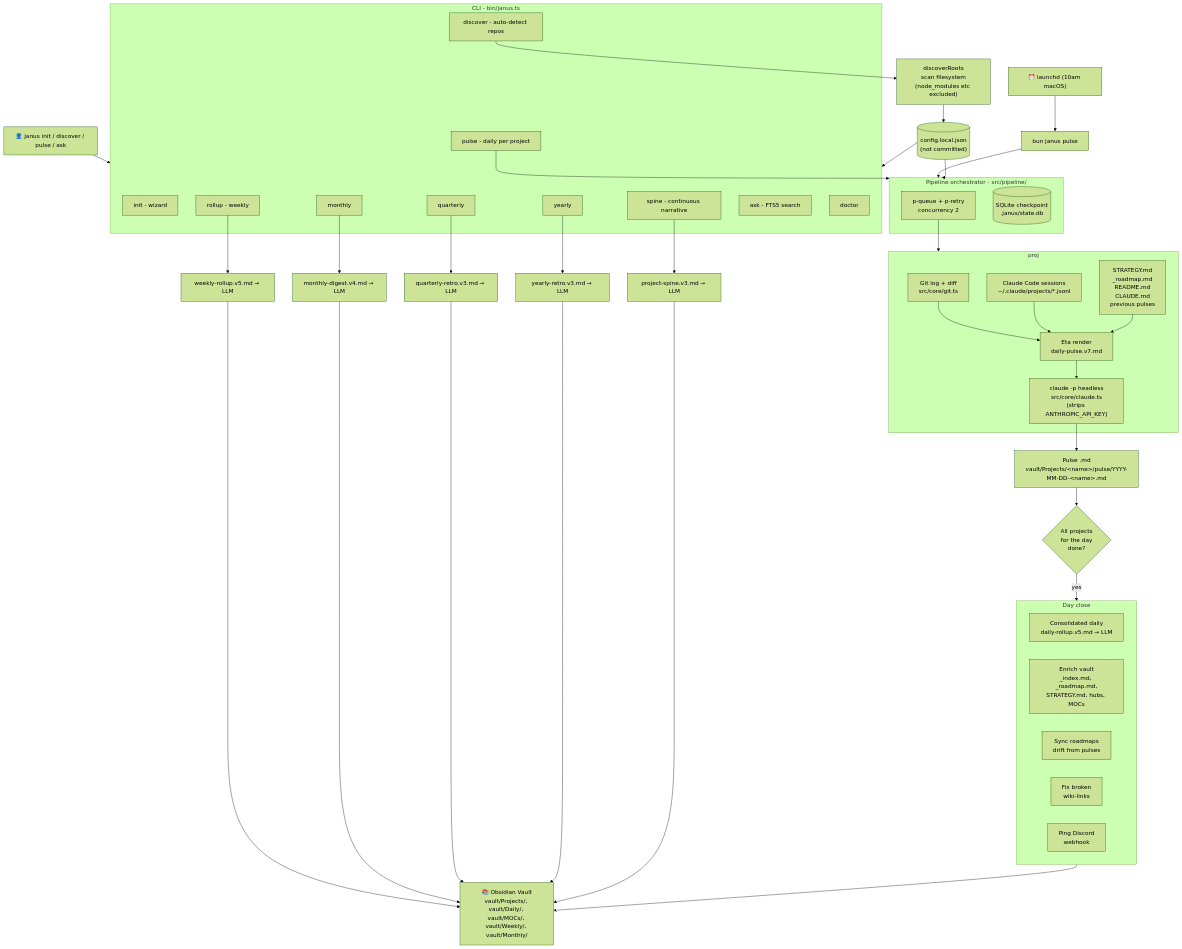
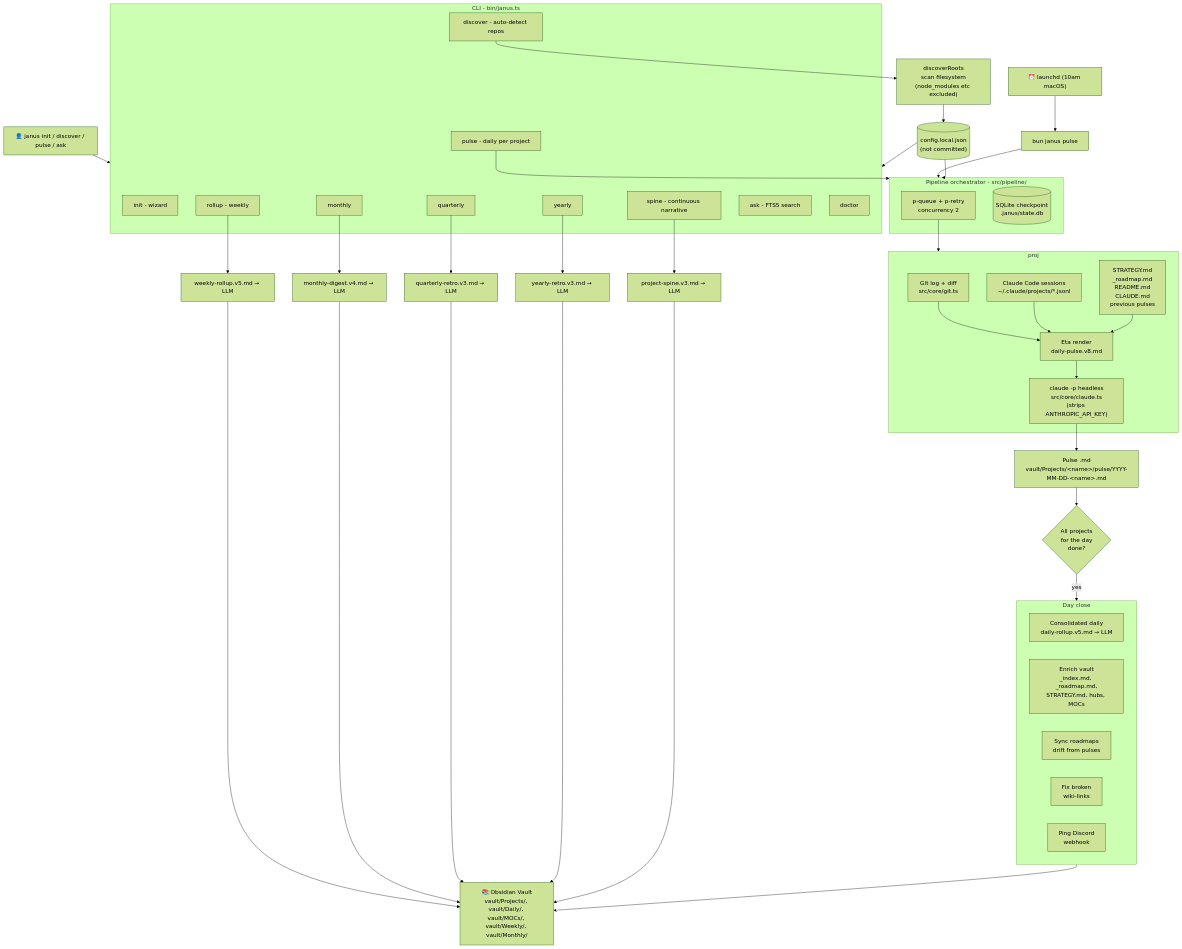
One commit to crewtives/janus changed the first of 2 diagrams in docs/ARCHITECTURE.md. Above: the diagram before and after it, drawn with Mermaid (forest theme). The commit also changed other lines of this file and 28 other files, not shown here.

````diff
--- a/docs/ARCHITECTURE.md
+++ b/docs/ARCHITECTURE.md
@@ -7,71 +7,71 @@
 ```mermaid
 flowchart TD
     cron["⏰ launchd (10am macOS)"] --> pulse["bun janus pulse"]
     user["👤 janus init / discover / pulse / ask"] --> cli
 
     subgraph cli[CLI - bin/janus.ts]
         init[init - wizard]
         discover[discover - auto-detect repos]
         pulse2[pulse - daily per project]
         rollup[rollup - weekly]
         monthly[monthly]
         quarterly[quarterly]
         yearly[yearly]
         spine[spine - continuous narrative]
         ask[ask - FTS5 search]
         doctor[doctor]
     end
 
     pulse --> orch
     pulse2 --> orch
 
     subgraph orch[Pipeline orchestrator - src/pipeline/]
         queue[p-queue + p-retry<br/>concurrency 2]
         checkpoint[(SQLite checkpoint<br/>.janus/state.db)]
     end
 
     queue --> proj["Per project, per date"]
 
     subgraph proj
         git[Git log + diff<br/>src/core/git.ts]
         sessions[Claude Code sessions<br/>~/.claude/projects/*.jsonl]
         ctx[STRATEGY.md<br/>_roadmap.md<br/>README.md<br/>CLAUDE.md<br/>previous pulses]
-        prompt["Eta render<br/>daily-pulse.v7.md"]
+        prompt["Eta render<br/>daily-pulse.v8.md"]
         claude["claude -p headless<br/>src/core/claude.ts<br/>(strips ANTHROPIC_API_KEY)"]
     end
 
     git --> prompt
     sessions --> prompt
     ctx --> prompt
     prompt --> claude
     claude --> pulseFile
 
     pulseFile["Pulse .md<br/>vault/Projects/&lt;name&gt;/pulse/YYYY-MM-DD-&lt;name&gt;.md"]
 
     pulseFile --> closeDate{All projects<br/>for the day<br/>done?}
     closeDate -- yes --> close
 
     subgraph close[Day close]
         daily[Consolidated daily<br/>daily-rollup.v5.md → LLM]
         enrich[Enrich vault<br/>_index.md, _roadmap.md,<br/>STRATEGY.md, hubs, MOCs]
         roadmap[Sync roadmaps<br/>drift from pulses]
         links[Fix broken<br/>wiki-links]
         discord_n[Ping Discord<br/>webhook]
     end
 
     close --> Vault
 
     Vault["📚 Obsidian Vault<br/>vault/Projects/, vault/Daily/, vault/MOCs/, vault/Weekly/, vault/Monthly/"]
 
     rollup --> weekly["weekly-rollup.v5.md → LLM"] --> Vault
     monthly --> monthlyL["monthly-digest.v4.md → LLM"] --> Vault
     quarterly --> qL["quarterly-retro.v3.md → LLM"] --> Vault
     yearly --> yL["yearly-retro.v3.md → LLM"] --> Vault
     spine --> spineL["project-spine.v3.md → LLM"] --> Vault
 
     discover --> roots["discoverRoots<br/>scan filesystem<br/>(node_modules etc excluded)"]
     roots --> Config
 
     Config[("config.local.json<br/>(not committed)")] --> cli
     Config --> orch
 ```
````
